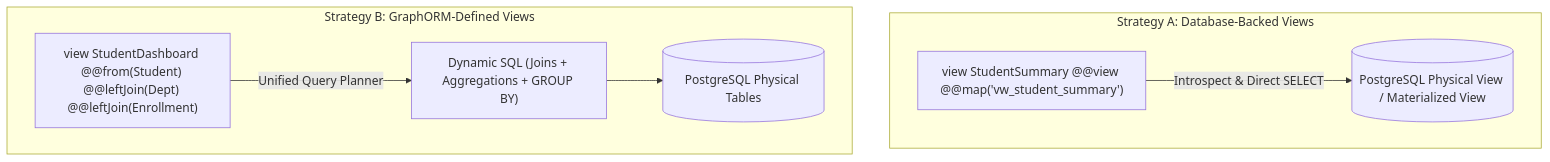
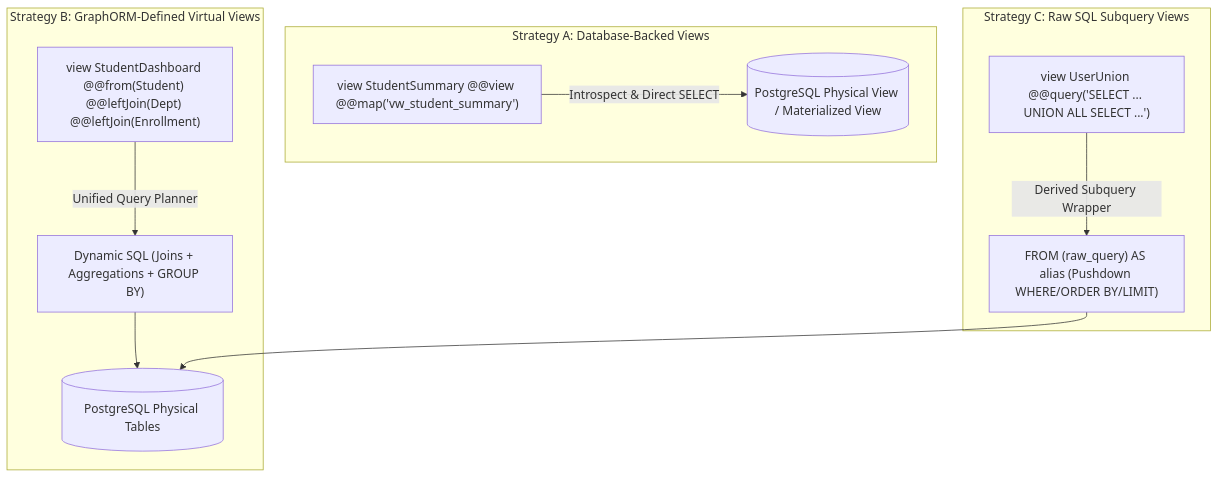
The first of 2 diagrams in docs/VIEW_MODEL_DESIGN.md (JithendraKavala/graphorm), drawn with Mermaid before and after one commit. The commit also changed other lines of this file and 17 other files, not shown here.

First line of the commit message:
feat(view): add @@query raw SQL subquery view models with pushdown execution

````diff
--- a/docs/VIEW_MODEL_DESIGN.md
+++ b/docs/VIEW_MODEL_DESIGN.md
@@ -38,11 +38,16 @@
 ```mermaid
 graph TD
     subgraph "Strategy A: Database-Backed Views"
         DBV["view StudentSummary @@view @@map('vw_student_summary')"] -->|Introspect & Direct SELECT| PhysView[("PostgreSQL Physical View / Materialized View")]
     end
 
-    subgraph "Strategy B: GraphORM-Defined Views"
+    subgraph "Strategy B: GraphORM-Defined Virtual Views"
         GDV["view StudentDashboard @@from(Student) @@leftJoin(Dept) @@leftJoin(Enrollment)"] -->|Unified Query Planner| DynamicSQL["Dynamic SQL (Joins + Aggregations + GROUP BY)"]
         DynamicSQL --> PhysTables[("PostgreSQL Physical Tables")]
     end
+
+    subgraph "Strategy C: Raw SQL Subquery Views"
+        RSV["view UserUnion @@query('SELECT ... UNION ALL SELECT ...')"] -->|Derived Subquery Wrapper| SubquerySQL["FROM (raw_query) AS alias (Pushdown WHERE/ORDER BY/LIMIT)"]
+        SubquerySQL --> PhysTables
+    end
 ```
````
